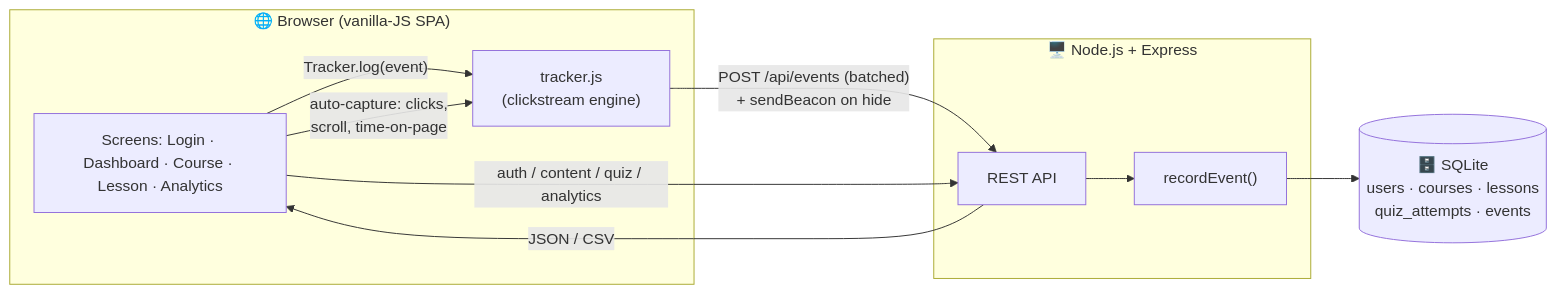
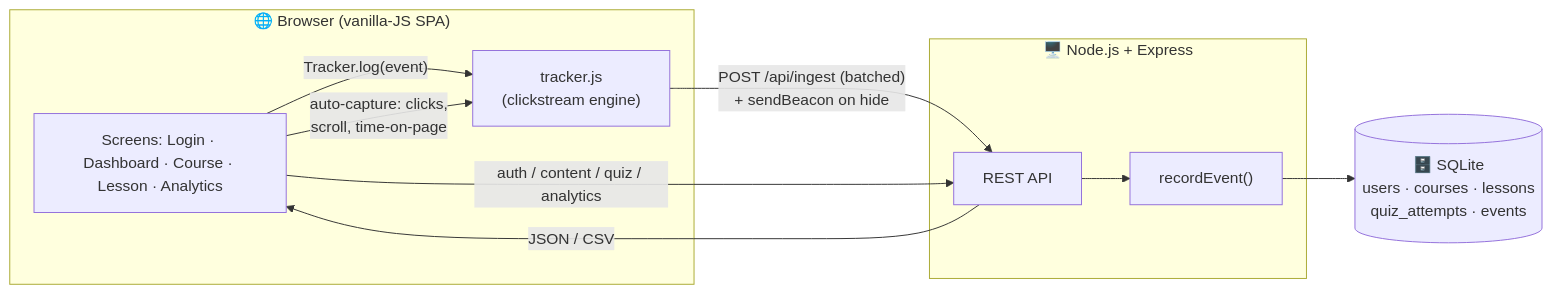
One commit to luffy-taro-106/et-617-learnflow changed the first of 4 diagrams in docs/ARCHITECTURE.md. Above: the diagram before and after it, drawn with Mermaid. The commit also changed other lines of this file and 5 other files, not shown here.

First line of the commit message:
fix(api): rename analytics/events paths to dodge ad-blockers

````diff
--- a/docs/ARCHITECTURE.md
+++ b/docs/ARCHITECTURE.md
@@ -10,22 +10,22 @@
 ```mermaid
 flowchart LR
   subgraph Browser["🌐 Browser (vanilla-JS SPA)"]
     UI["Screens: Login · Dashboard · Course · Lesson · Analytics"]
     TR["tracker.js\n(clickstream engine)"]
     UI -- "Tracker.log(event)" --> TR
     UI -- "auto-capture: clicks,\nscroll, time-on-page" --> TR
   end
 
   subgraph Server["🖥️ Node.js + Express"]
     API["REST API"]
     REC["recordEvent()"]
     API --> REC
   end
 
   DB[("🗄️ SQLite\nusers · courses · lessons\nquiz_attempts · events")]
 
-  TR -- "POST /api/events (batched)\n+ sendBeacon on hide" --> API
+  TR -- "POST /api/ingest (batched)\n+ sendBeacon on hide" --> API
   UI -- "auth / content / quiz / analytics" --> API
   REC --> DB
   API -- "JSON / CSV" --> UI
 ```
````
